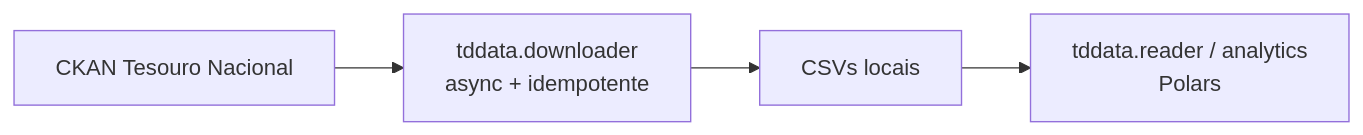
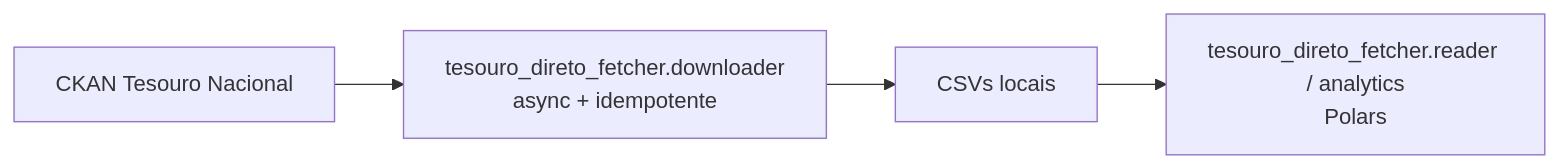
The first of 2 diagrams in docs/tesouro/index.md (Quantilica/docs), drawn with Mermaid before and after one commit. The commit also changed other lines of this file and 10 other files, not shown here.

First line of the commit message:
docs: rename tddata → tesouro-direto-fetcher throughout

````diff
--- a/docs/tesouro/index.md
+++ b/docs/tesouro/index.md
@@ -26,6 +26,6 @@
 ```mermaid
 graph LR
-    A[CKAN Tesouro Nacional] --> B[tddata.downloader<br/>async + idempotente]
+    A[CKAN Tesouro Nacional] --> B[tesouro_direto_fetcher.downloader<br/>async + idempotente]
     B --> C[CSVs locais]
-    C --> D[tddata.reader / analytics<br/>Polars]
+    C --> D[tesouro_direto_fetcher.reader / analytics<br/>Polars]
 ```
````
